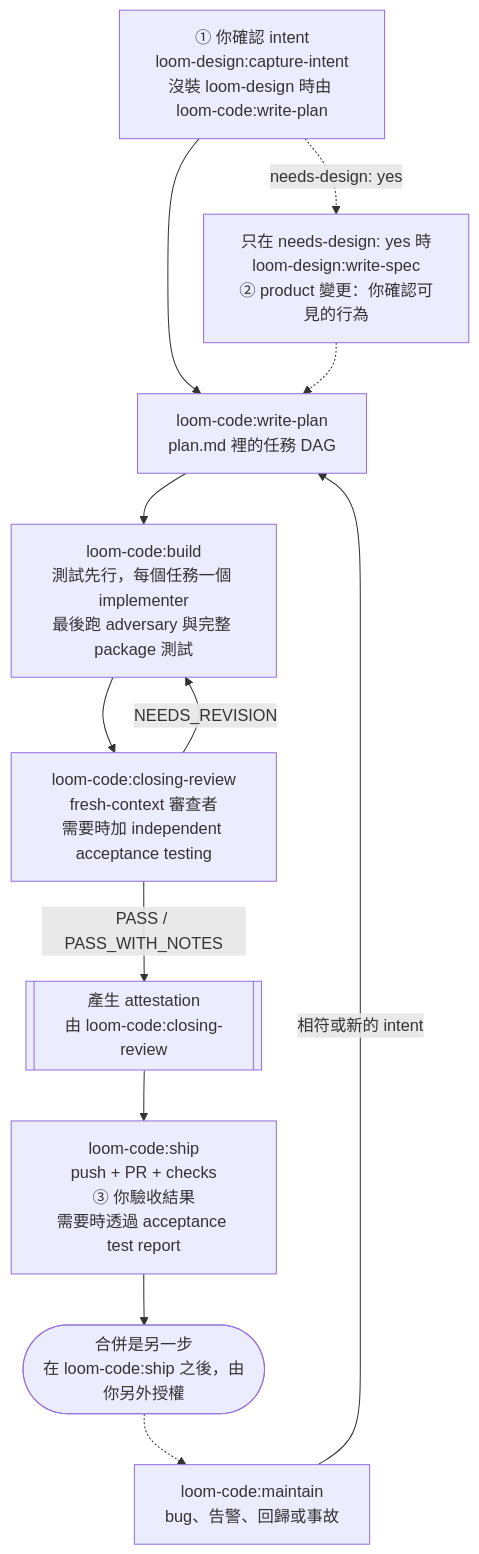
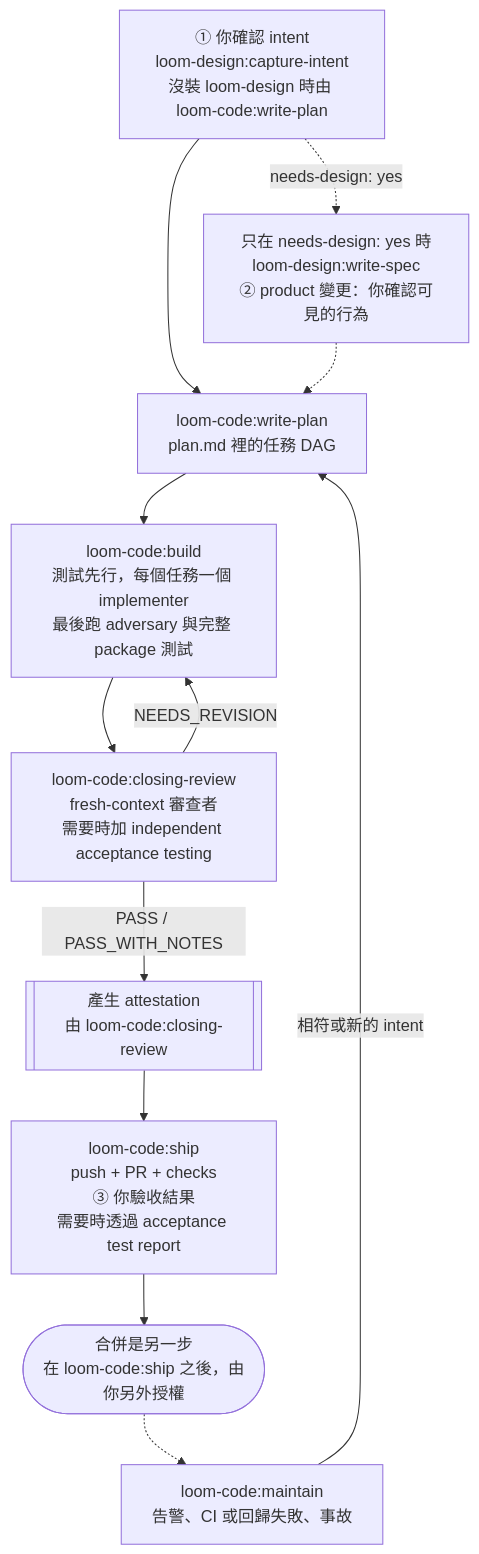
The diagram in loom-code/README.zh-TW.md (kouko/loom-plugins), drawn with Mermaid before and after one commit. The commit also changed other lines of this file and 46 other files, not shown here.

First line of the commit message:
engineering(loom): enter loom for feature and bug-fix requests without outside rules (#75)

````diff
--- a/loom-code/README.zh-TW.md
+++ b/loom-code/README.zh-TW.md
@@ -17,24 +17,24 @@
 ```mermaid
 flowchart TD
     intent["① 你確認 intent<br/>loom-design:capture-intent<br/>沒裝 loom-design 時由 loom-code:write-plan"]
     spec["只在 needs-design: yes 時<br/>loom-design:write-spec<br/>② product 變更：你確認可見的行為"]
     plan["loom-code:write-plan<br/>plan.md 裡的任務 DAG"]
     build["loom-code:build<br/>測試先行，每個任務一個 implementer<br/>最後跑 adversary 與完整 package 測試"]
     review["loom-code:closing-review<br/>fresh-context 審查者<br/>需要時加 independent acceptance testing"]
     attest[["產生 attestation<br/>由 loom-code:closing-review"]]
     ship["loom-code:ship<br/>push + PR + checks<br/>③ 你驗收結果<br/>需要時透過 acceptance test report"]
     merged(["合併是另一步<br/>在 loom-code:ship 之後，由你另外授權"])
-    maintain["loom-code:maintain<br/>bug、告警、回歸或事故"]
+    maintain["loom-code:maintain<br/>告警、CI 或回歸失敗、事故"]
 
     intent --> plan
     intent -.->|"needs-design: yes"| spec
     spec -.-> plan
     plan --> build
     build --> review
     review -->|"NEEDS_REVISION"| build
     review -->|"PASS / PASS_WITH_NOTES"| attest
     attest --> ship
     ship --> merged
     merged -.-> maintain
     maintain -->|"相符或新的 intent"| plan
 ```
````
